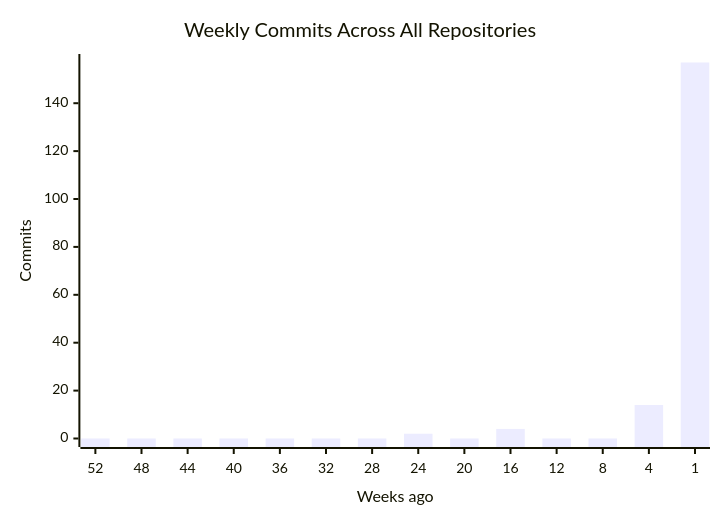
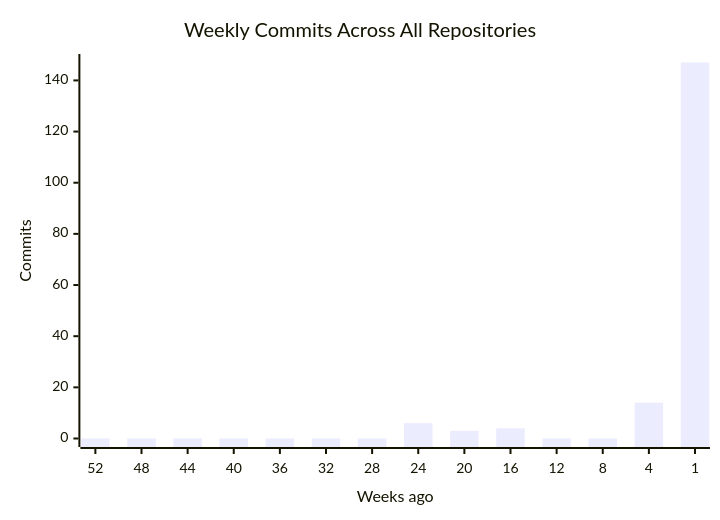
Before and after one commit to CSTH-Projects/.github: the first of 4 diagrams in profile/README.md, drawn with Mermaid. The commit also changed other lines of this file, not shown here.

````diff
--- a/profile/README.md
+++ b/profile/README.md
@@ -16,7 +16,7 @@
 ```mermaid
 xychart-beta
     title "Weekly Commits Across All Repositories"
     x-axis "Weeks ago" [52, 48, 44, 40, 36, 32, 28, 24, 20, 16, 12, 8, 4, 1]
     y-axis "Commits"
-    bar [0, 0, 0, 0, 0, 0, 0, 2, 0, 4, 0, 0, 14, 157]
+    bar [0, 0, 0, 0, 0, 0, 0, 6, 3, 4, 0, 0, 14, 147]
 ```
````
